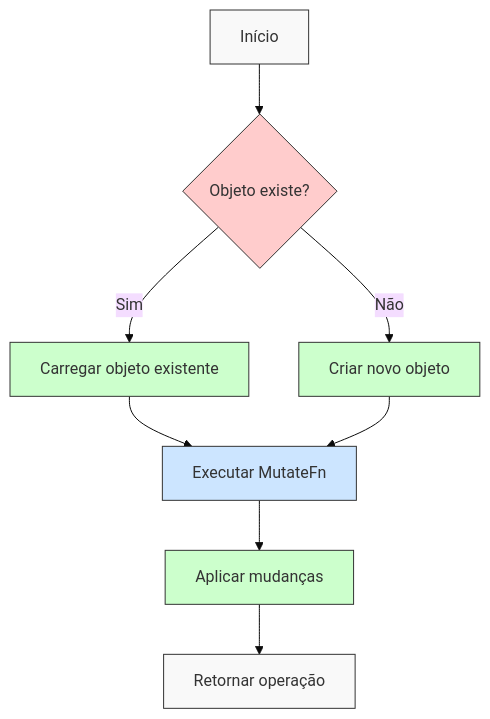
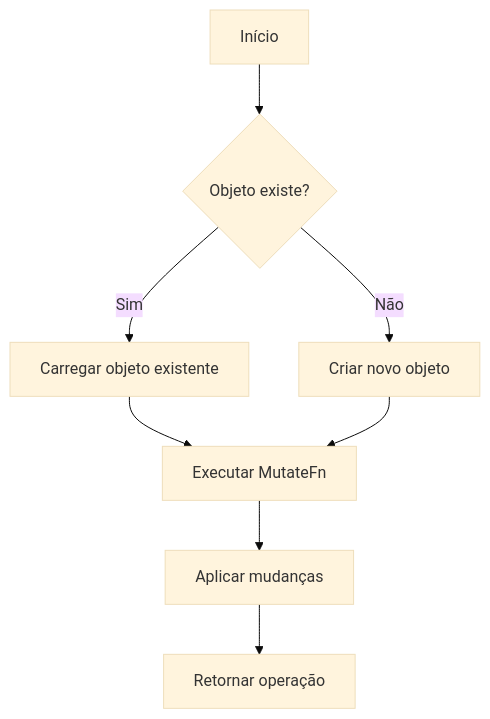
One commit to cloud104/tcloud-devops-k8s-operators-training changed the first of 3 diagrams in docs/extras/kubernetes-create-or-update.md. Above: the diagram before and after it, drawn with Mermaid (base theme). The commit also changed other lines of this file and 6 other files, not shown here.

First line of the commit message:
docs: revisa material teorico, corrige APIs e melhora diagramas

````diff
--- a/docs/extras/kubernetes-create-or-update.md
+++ b/docs/extras/kubernetes-create-or-update.md
@@ -21,18 +19,10 @@
 ```mermaid
 flowchart TD
     A[Início] --> B{Objeto existe?}
     B -->|Não| C[Criar novo objeto]
     B -->|Sim| D[Carregar objeto existente]
     D --> E[Executar MutateFn]
     C --> E
     E --> F[Aplicar mudanças]
     F --> G[Retornar operação]
-
-    style A fill:#f9f9f9,stroke:#333
-    style B fill:#ffcccc,stroke:#333
-    style C fill:#ccffcc,stroke:#333
-    style D fill:#ccffcc,stroke:#333
-    style E fill:#cce5ff,stroke:#333
-    style F fill:#ccffcc,stroke:#333
-    style G fill:#f9f9f9,stroke:#333
 ```
````
